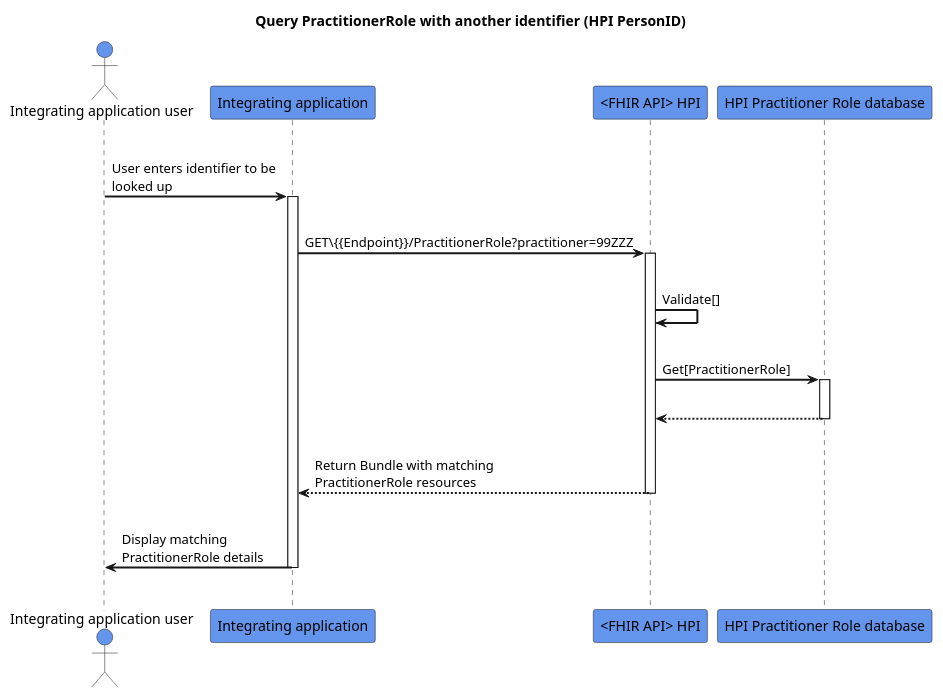
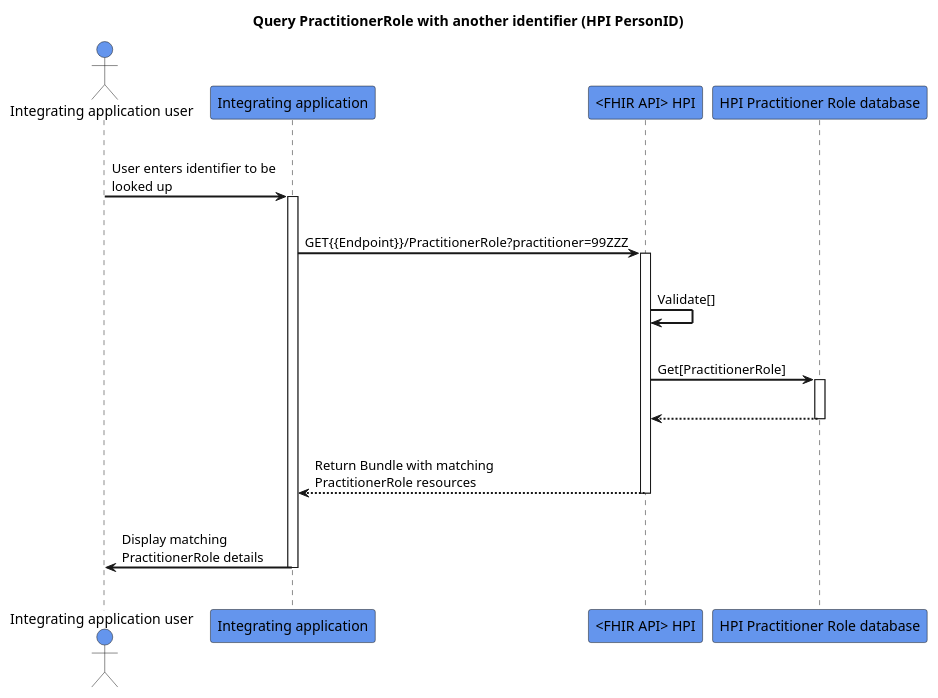
Before and after one commit to HL7NZ/hpi: the diagram in input/images-source/query-practitionerrole.plantuml, drawn with PlantUML.

```diff
--- a/input/images-source/query-practitionerrole.plantuml
+++ b/input/images-source/query-practitionerrole.plantuml
@@ -1,32 +1,32 @@
 @startuml
 skinparam sequenceArrowThickness 2
 skinparam roundcorner 5
 skinparam maxmessagesize 180
 skinparam sequenceParticipant bold
 title Query PractitionerRole with another identifier (HPI PersonID)
 actor "Integrating application user" as User #CornflowerBlue
 participant "Integrating application" as A #CornflowerBlue
 participant "<FHIR API> HPI" as B #CornflowerBlue
 participant "HPI Practitioner Role database" as C #CornflowerBlue
 |||
 User -> A: User enters identifier to be looked up
 activate A
 |||
-A -> B: GET\{{Endpoint}}/PractitionerRole?practitioner=99ZZZ
+A -> B: GET{{Endpoint}}/PractitionerRole?practitioner=99ZZZ
 activate B
 |||
 B -> B: Validate[]
 |||
 B -> C: Get[PractitionerRole]
 activate C
 |||
 C -[dashed]-> B:  
 deactivate C
 |||
 B -[dashed]-> A:Return Bundle with matching PractitionerRole resources
 deactivate B
 |||
 A -> User: Display matching PractitionerRole details
 deactivate A
 |||
 @enduml
```
